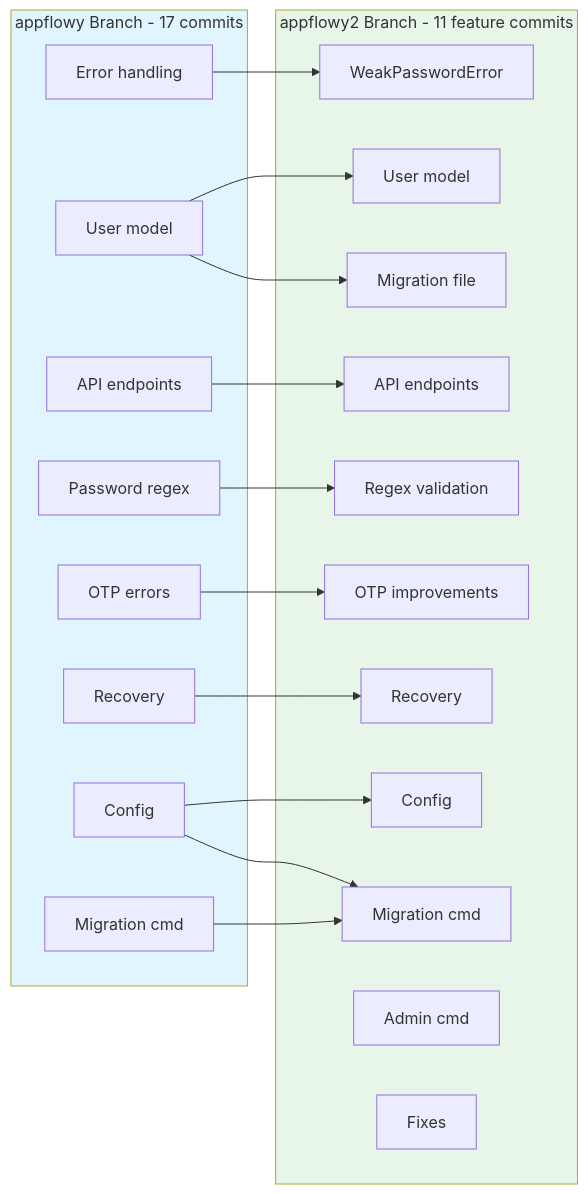
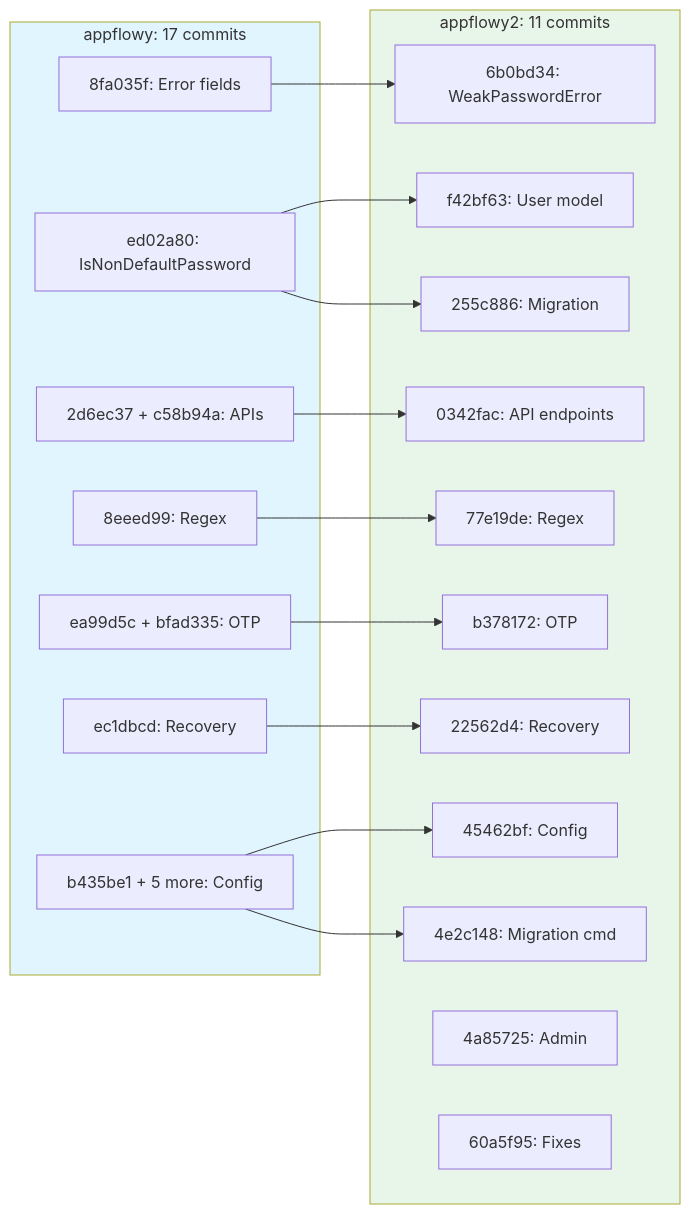
One commit to JonasMht/edelweiss-gotrue changed the third of 6 diagrams in appflowy/APPFLOWY_BRANCH_MIGRATION_HISTORY.md. Above: the diagram before and after it, drawn with Mermaid. The commit also changed other lines of this file and 5 other files, not shown here.

````diff
--- a/appflowy/APPFLOWY_BRANCH_MIGRATION_HISTORY.md
+++ b/appflowy/APPFLOWY_BRANCH_MIGRATION_HISTORY.md
@@ -184,41 +89,39 @@
 ```mermaid
 graph LR
-    subgraph appflowy[appflowy Branch - 17 commits]
-        A1[Error handling]
-        A2[User model]
-        A3[API endpoints]
-        A4[Password regex]
-        A5[OTP errors]
-        A6[Recovery]
-        A7[Config]
-        A8[Migration cmd]
+    subgraph appflowy[appflowy: 17 commits]
+        A1[8fa035f: Error fields]
+        A2[ed02a80: IsNonDefaultPassword]
+        A3[2d6ec37 + c58b94a: APIs]
+        A4[8eeed99: Regex]
+        A5[ea99d5c + bfad335: OTP]
+        A6[ec1dbcd: Recovery]
+        A7[b435be1 + 5 more: Config]
     end
 
-    subgraph appflowy2[appflowy2 Branch - 11 feature commits]
-        B1[WeakPasswordError]
-        B2[User model]
-        B3[Migration file]
-        B4[Regex validation]
-        B5[API endpoints]
-        B6[Config]
-        B7[OTP improvements]
-        B8[Recovery]
-        B9[Migration cmd]
-        B10[Admin cmd]
-        B11[Fixes]
+    subgraph appflowy2[appflowy2: 11 commits]
+        B1[6b0bd34: WeakPasswordError]
+        B2[f42bf63: User model]
+        B3[255c886: Migration]
+        B4[77e19de: Regex]
+        B5[0342fac: API endpoints]
+        B6[45462bf: Config]
+        B7[b378172: OTP]
+        B8[22562d4: Recovery]
+        B9[4e2c148: Migration cmd]
+        B10[4a85725: Admin]
+        B11[60a5f95: Fixes]
     end
 
     A1 --> B1
     A2 --> B2
     A2 --> B3
     A3 --> B5
     A4 --> B4
     A5 --> B7
     A6 --> B8
     A7 --> B6
     A7 --> B9
-    A8 --> B9
 
     style appflowy fill:#e1f5ff
     style appflowy2 fill:#e8f5e9
 ```
````
